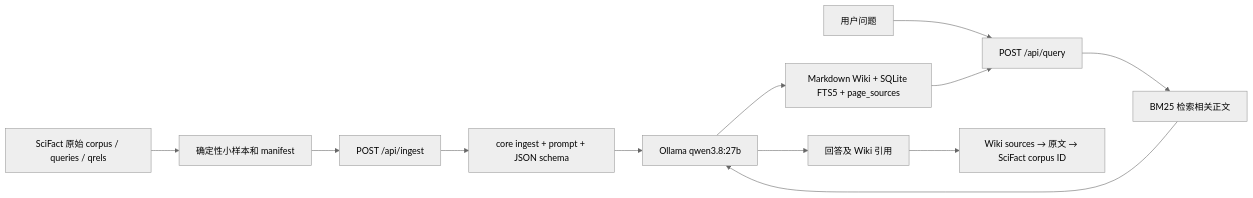
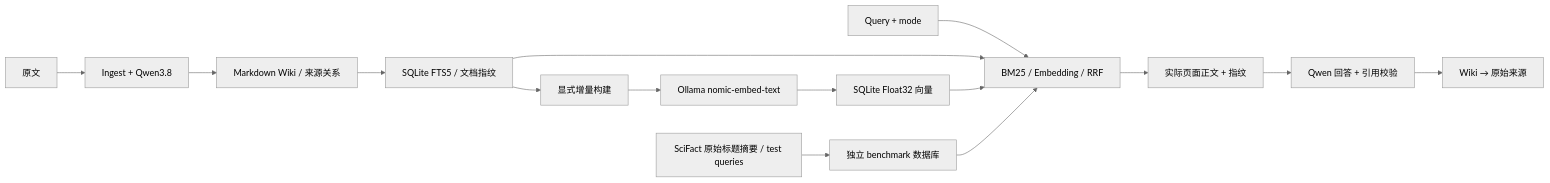
Before and after one commit to ck-alpha/KnowWeave-Dev: the diagram in architecture.md, drawn with Mermaid (neutral theme). The commit also changed other lines of this file and 38 other files, not shown here.

Commit message:
feat: add local hybrid Wiki retrieval and full SciFact evaluation

````diff
--- a/architecture.md
+++ b/architecture.md
@@ -15,14 +13,17 @@
 ```mermaid
 flowchart LR
-  A[SciFact 原始 corpus / queries / qrels] --> B[确定性小样本和 manifest]
-  B --> C[POST /api/ingest]
-  C --> D[core ingest + prompt + JSON schema]
-  D --> E[Ollama qwen3.8:27b]
-  E --> F[Markdown Wiki + SQLite FTS5 + page_sources]
-  Q[用户问题] --> R[POST /api/query]
-  F --> R
-  R --> S[BM25 检索相关正文]
-  S --> E
-  E --> T[回答及 Wiki 引用]
-  T --> U[Wiki sources → 原文 → SciFact corpus ID]
+  D[原文] --> I[Ingest + Qwen3.8]
+  I --> W[Markdown Wiki / 来源关系]
+  W --> S[SQLite FTS5 / 文档指纹]
+  S --> B[显式增量构建]
+  B --> N[Ollama nomic-embed-text]
+  N --> V[SQLite Float32 向量]
+  Q[Query + mode] --> R[BM25 / Embedding / RRF]
+  S --> R
+  V --> R
+  R --> C[实际页面正文 + 指纹]
+  C --> A[Qwen 回答 + 引用校验]
+  A --> O[Wiki → 原始来源]
+  F[SciFact 原始标题摘要 / test queries] --> E[独立 benchmark 数据库]
+  E --> R
 ```
````
